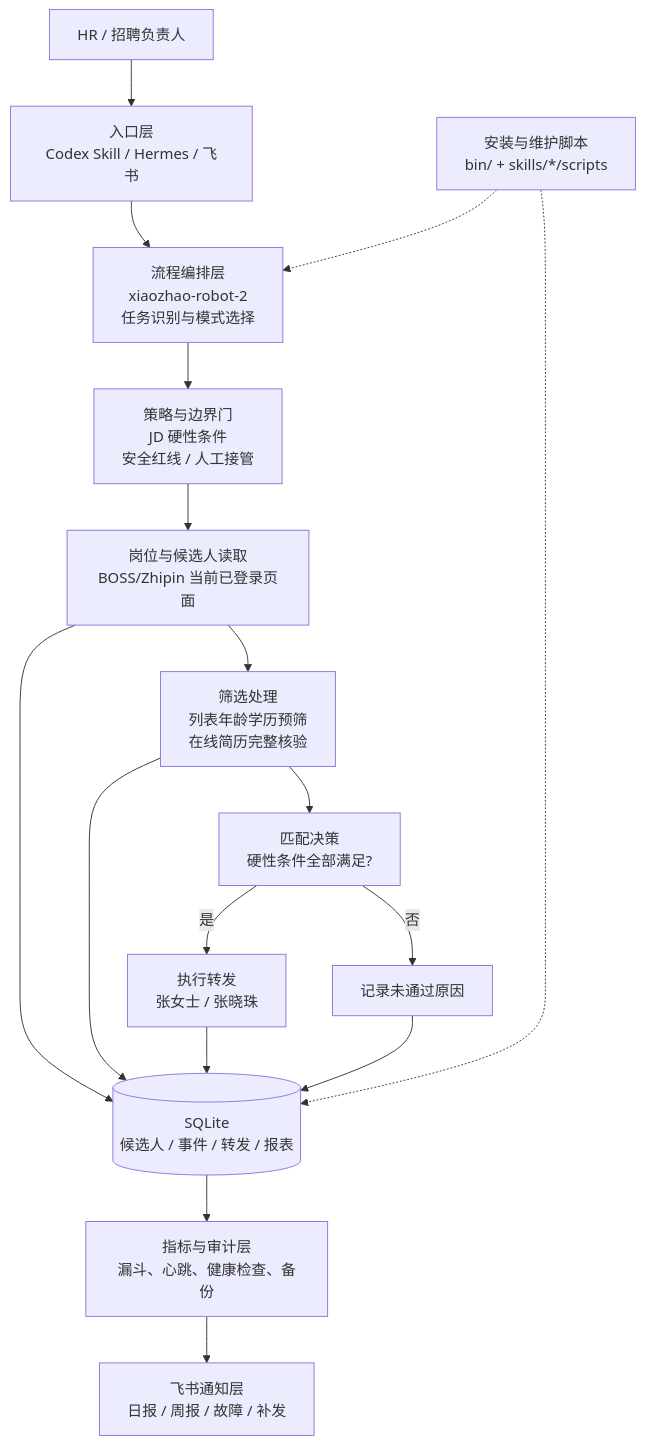
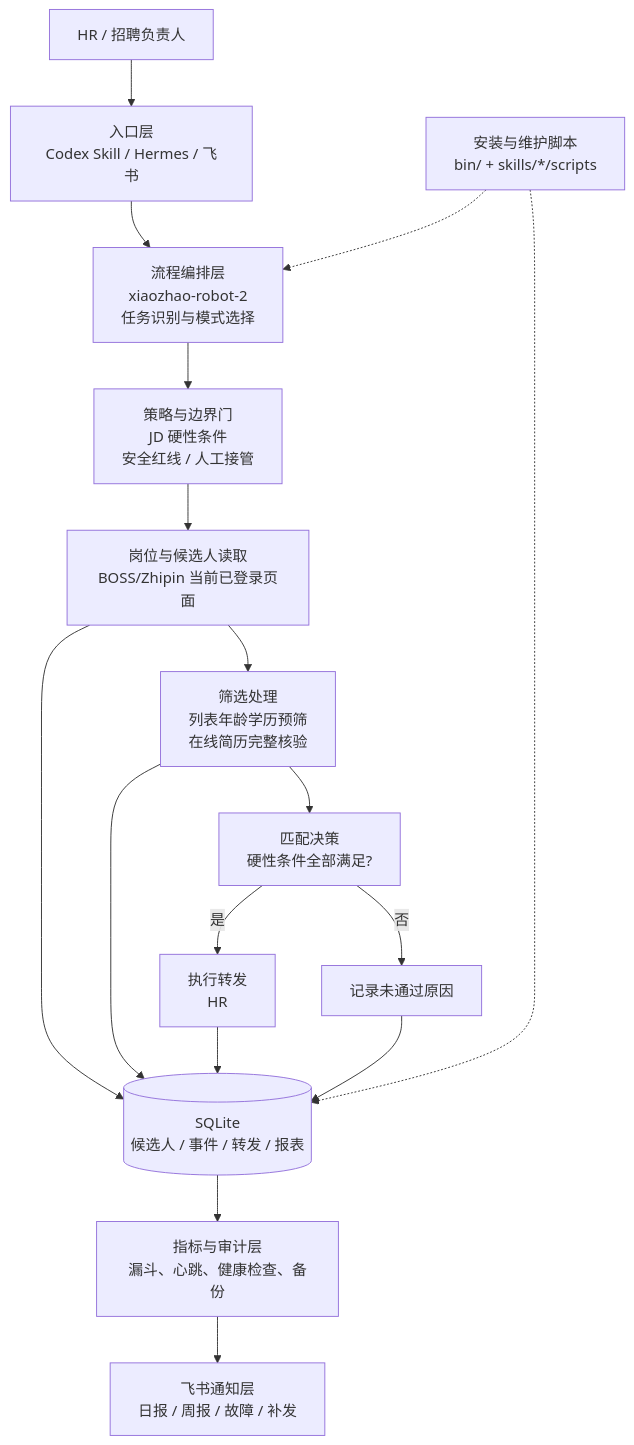
Before and after one commit to lbql-yhl/zhineng-zhaopin-jiqiren: the first of 2 diagrams in docs/architecture.md, drawn with Mermaid. The commit also changed other lines of this file and 18 other files, not shown here.

````diff
--- a/docs/architecture.md
+++ b/docs/architecture.md
@@ -38,22 +38,22 @@
 ```mermaid
 flowchart TB
     U[HR / 招聘负责人] --> E[入口层<br/>Codex Skill / Hermes / 飞书]
     E --> O[流程编排层<br/>xiaozhao-robot-2<br/>任务识别与模式选择]
     O --> G[策略与边界门<br/>JD 硬性条件<br/>安全红线 / 人工接管]
 
     G --> J[岗位与候选人读取<br/>BOSS/Zhipin 当前已登录页面]
     J --> P[筛选处理<br/>列表年龄学历预筛<br/>在线简历完整核验]
     P --> M[匹配决策<br/>硬性条件全部满足?]
-    M -->|是| F[执行转发<br/>张女士 / 张晓珠]
+    M -->|是| F[执行转发<br/>HR]
     M -->|否| R[记录未通过原因]
 
     J --> D[(SQLite<br/>候选人 / 事件 / 转发 / 报表)]
     P --> D
     F --> D
     R --> D
     D --> A[指标与审计层<br/>漏斗、心跳、健康检查、备份]
     A --> N[飞书通知层<br/>日报 / 周报 / 故障 / 补发]
 
     X[安装与维护脚本<br/>bin/ + skills/*/scripts] -.-> O
     X -.-> D
 ```
````
